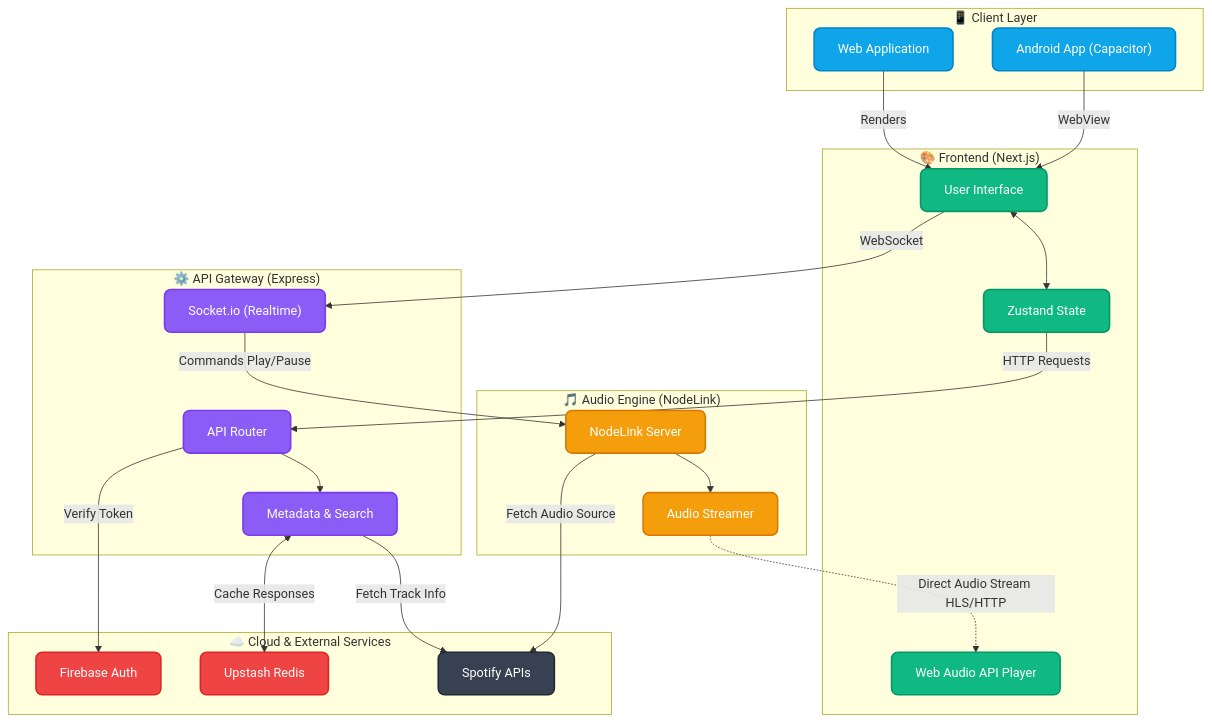
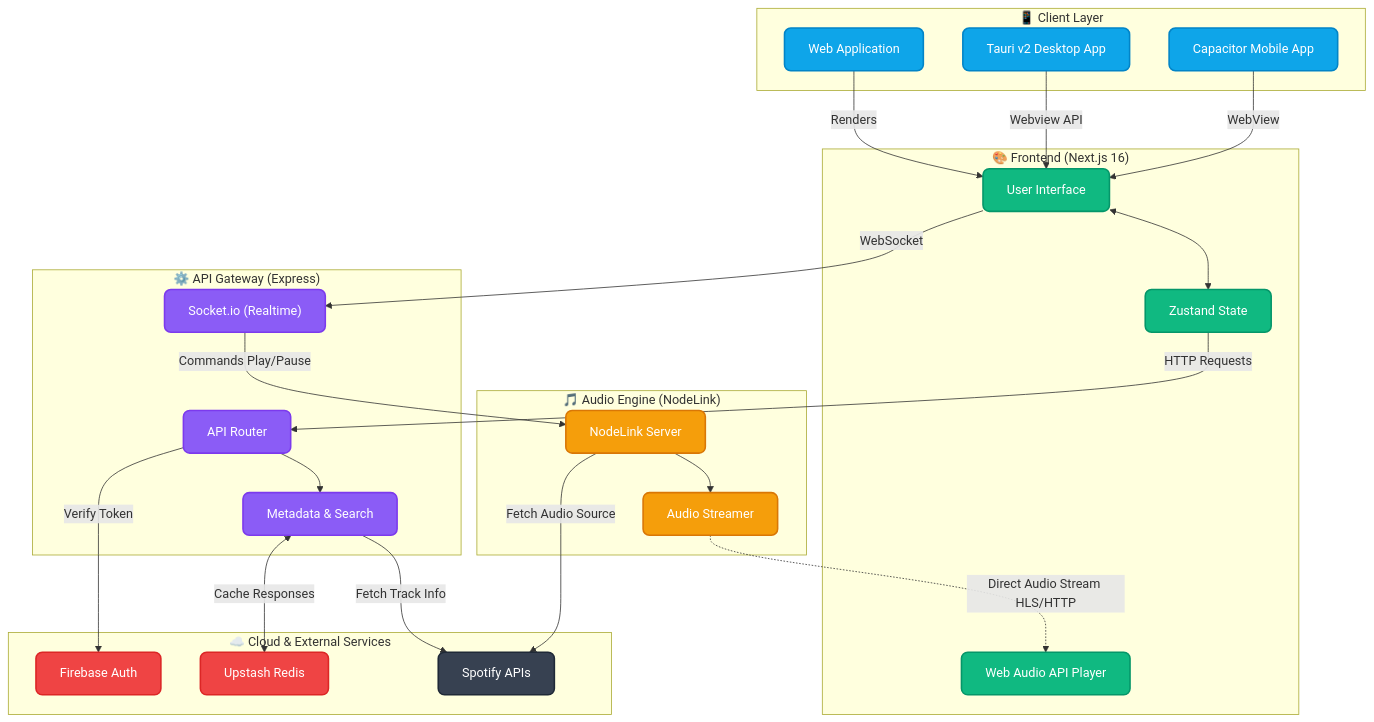
The diagram in README.md (ShreyJaiswal1/melofy), drawn with Mermaid before and after one commit. The commit also changed other lines of this file and 23 other files, not shown here.

````diff
--- a/README.md
+++ b/README.md
@@ -61,57 +63,59 @@
 ```mermaid
 graph TD
     %% Core Styling
     classDef client fill:#0ea5e9,stroke:#0284c7,stroke-width:2px,color:#fff,rx:8px,ry:8px
     classDef frontend fill:#10b981,stroke:#059669,stroke-width:2px,color:#fff,rx:8px,ry:8px
     classDef backend fill:#8b5cf6,stroke:#7c3aed,stroke-width:2px,color:#fff,rx:8px,ry:8px
     classDef audio fill:#f59e0b,stroke:#d97706,stroke-width:2px,color:#fff,rx:8px,ry:8px
     classDef database fill:#ef4444,stroke:#dc2626,stroke-width:2px,color:#fff,rx:8px,ry:8px
     classDef external fill:#374151,stroke:#1f2937,stroke-width:2px,color:#fff,rx:8px,ry:8px
 
     subgraph Clients ["📱 Client Layer"]
         Web["Web Application"]:::client
-        Mobile["Android App (Capacitor)"]:::client
+        Desktop["Tauri v2 Desktop App"]:::client
+        Mobile["Capacitor Mobile App"]:::client
     end
 
-    subgraph Frontend ["🎨 Frontend (Next.js)"]
+    subgraph Frontend ["🎨 Frontend (Next.js 16)"]
         UI["User Interface"]:::frontend
         State["Zustand State"]:::frontend
         AudioPlayer["Web Audio API Player"]:::frontend
     end
 
     subgraph Backend ["⚙️ API Gateway (Express)"]
         Router["API Router"]:::backend
         SocketServer["Socket.io (Realtime)"]:::backend
         Metadata["Metadata & Search"]:::backend
     end
 
     subgraph Streaming ["🎵 Audio Engine (NodeLink)"]
         NodeLinkServer["NodeLink Server"]:::audio
         AudioStreamer["Audio Streamer"]:::audio
     end
 
     subgraph Cloud ["☁️ Cloud & External Services"]
         Firebase["Firebase Auth"]:::database
         Upstash["Upstash Redis"]:::database
         SpotifyAPI["Spotify APIs"]:::external
     end
 
     %% Client Interactions
     Web -->|Renders| UI
+    Desktop -->|Webview API| UI
     Mobile -->|WebView| UI
     UI <--> State
     State -->|HTTP Requests| Router
     UI -->|WebSocket| SocketServer
 
     %% Backend Integrations
     Router -->|Verify Token| Firebase
     Router --> Metadata
     Metadata <-->|Cache Responses| Upstash
     Metadata -->|Fetch Track Info| SpotifyAPI
     
     %% Audio Flow
     SocketServer -->|Commands Play/Pause| NodeLinkServer
     NodeLinkServer -->|Fetch Audio Source| SpotifyAPI
     NodeLinkServer --> AudioStreamer
     AudioStreamer -.->|Direct Audio Stream HLS/HTTP| AudioPlayer
 ```
````
